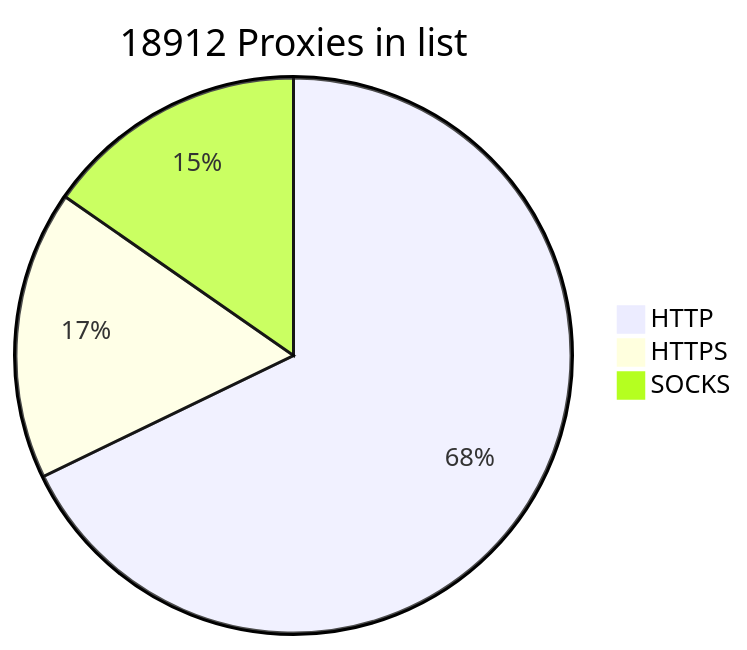
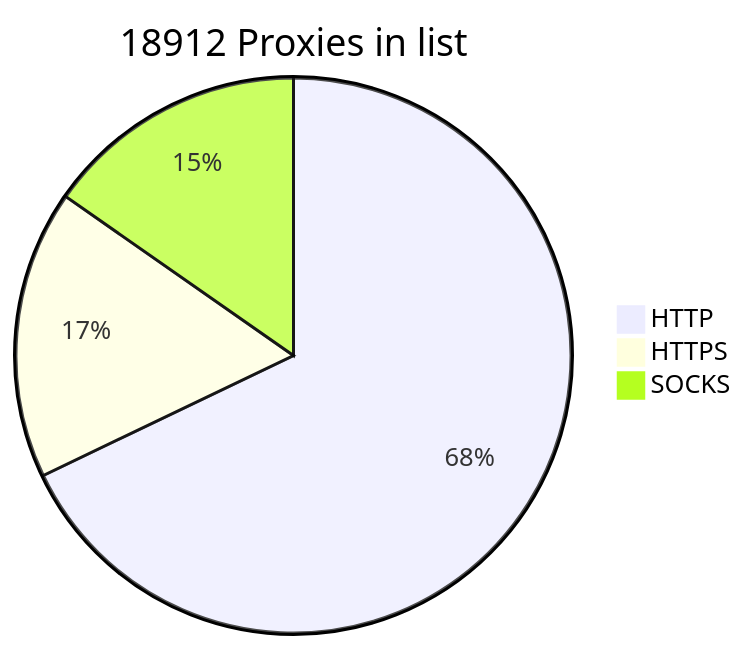
The diagram in README.md (BlackSnowDot/proxylist-update-every-minute), drawn with Mermaid before and after one commit. The commit also changed other lines of this file, not shown here.

````diff
--- a/README.md
+++ b/README.md
@@ -2,6 +2,6 @@
 ```mermaid
 pie title 18912 Proxies in list
-    "HTTP" : 14097
+    "HTTP" : 14132
     "HTTPS": 3501
     "SOCKS" : 3185
 ```
````
